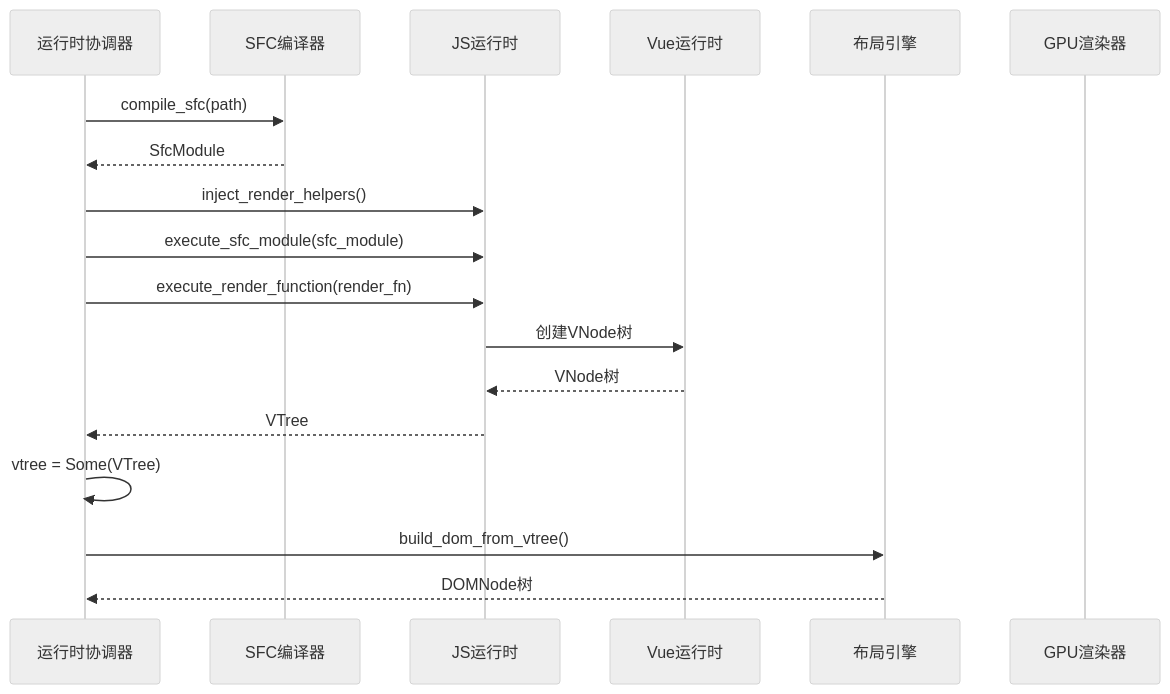
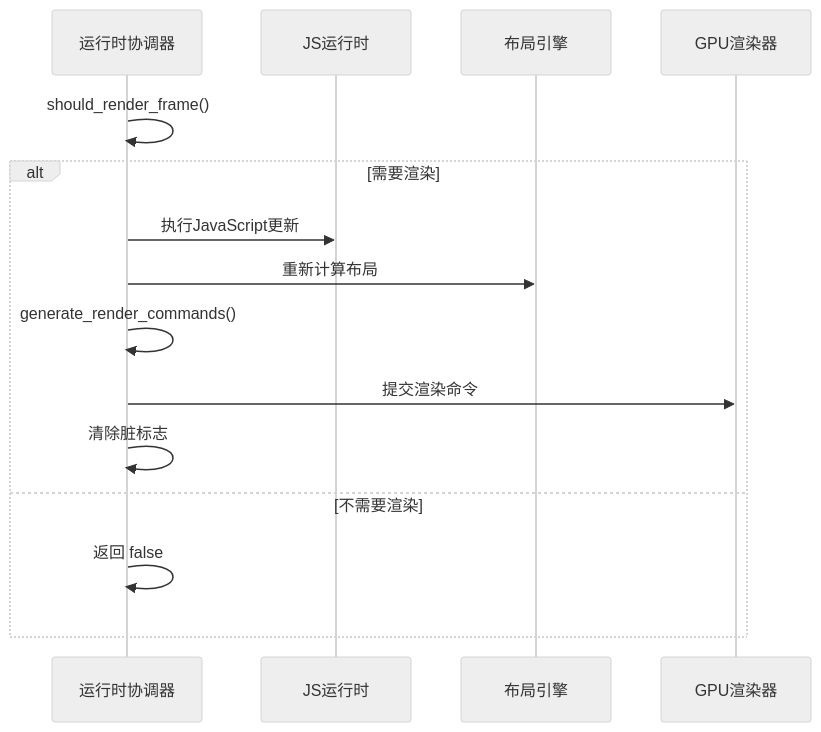
The ninth of 14 diagrams in .qoder/repowiki/zh/content/技术架构详解/整体架构设计/Iris运行时协调器.md (itszzl-sudo/iris), drawn with Mermaid (neutral theme) before and after one commit. The commit also changed other lines of this file and 6 other files, not shown here.

````diff
--- a/.qoder/repowiki/zh/content/技术架构详解/整体架构设计/Iris运行时协调器.md
+++ b/.qoder/repowiki/zh/content/技术架构详解/整体架构设计/Iris运行时协调器.md
@@ -477,20 +603,17 @@
 ```mermaid
 sequenceDiagram
 participant ORCH as 运行时协调器
-participant SFC as SFC编译器
 participant JS as JS运行时
-participant VUE as Vue运行时
 participant LAYOUT as 布局引擎
 participant GPU as GPU渲染器
-ORCH->>SFC : compile_sfc(path)
-SFC-->>ORCH : SfcModule
-ORCH->>JS : inject_render_helpers()
-ORCH->>JS : execute_sfc_module(sfc_module)
-ORCH->>JS : execute_render_function(render_fn)
-JS->>VUE : 创建VNode树
-VUE-->>JS : VNode树
-JS-->>ORCH : VTree
-ORCH->>ORCH : vtree = Some(VTree)
-ORCH->>LAYOUT : build_dom_from_vtree()
-LAYOUT-->>ORCH : DOMNode树
+ORCH->>ORCH : should_render_frame()
+alt 需要渲染
+ORCH->>JS : 执行JavaScript更新
+ORCH->>LAYOUT : 重新计算布局
+ORCH->>ORCH : generate_render_commands()
+ORCH->>GPU : 提交渲染命令
+ORCH->>ORCH : 清除脏标志
+else 不需要渲染
+ORCH->>ORCH : 返回 false
+end
 ```
````
